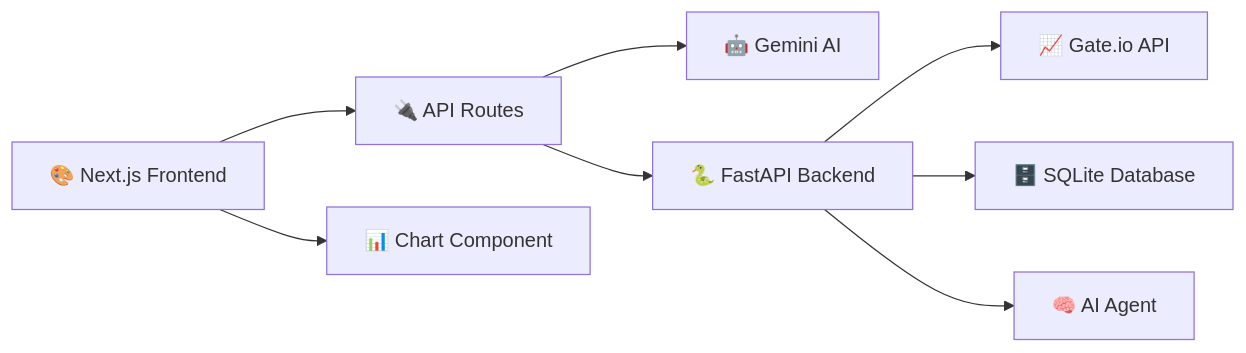
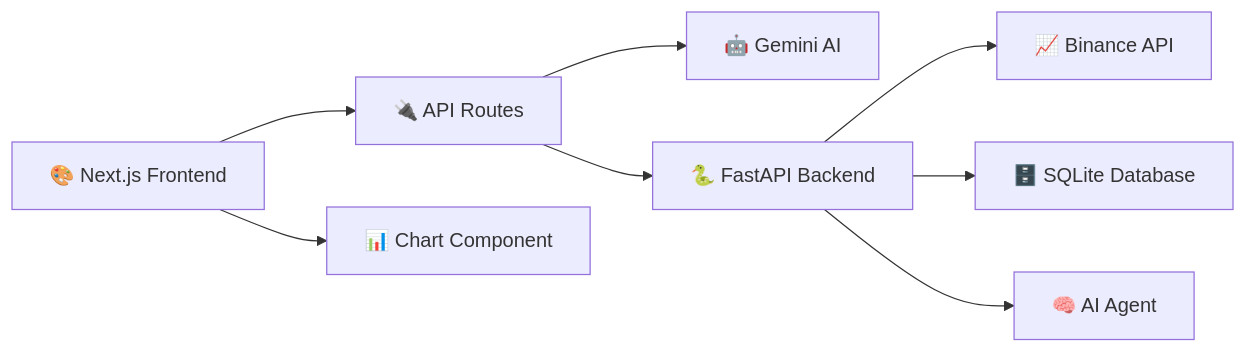
Before and after one commit to ultimateBroK/Cryage: the diagram in README.md, drawn with Mermaid. The commit also changed other lines of this file, not shown here.

Commit message:
Update API references from Gate.io to Binance

````diff
--- a/README.md
+++ b/README.md
@@ -91,10 +91,10 @@
 ```mermaid
 graph LR
     A[🎨 Next.js Frontend] --> B[🔌 API Routes]
     B --> C[🤖 Gemini AI]
     A --> D[📊 Chart Component]
     B --> E[🐍 FastAPI Backend]
-    E --> F[📈 Gate.io API]
+    E --> F[📈 Binance API]
     E --> G[🗄️ SQLite Database]
     E --> H[🧠 AI Agent]
 ```
````
